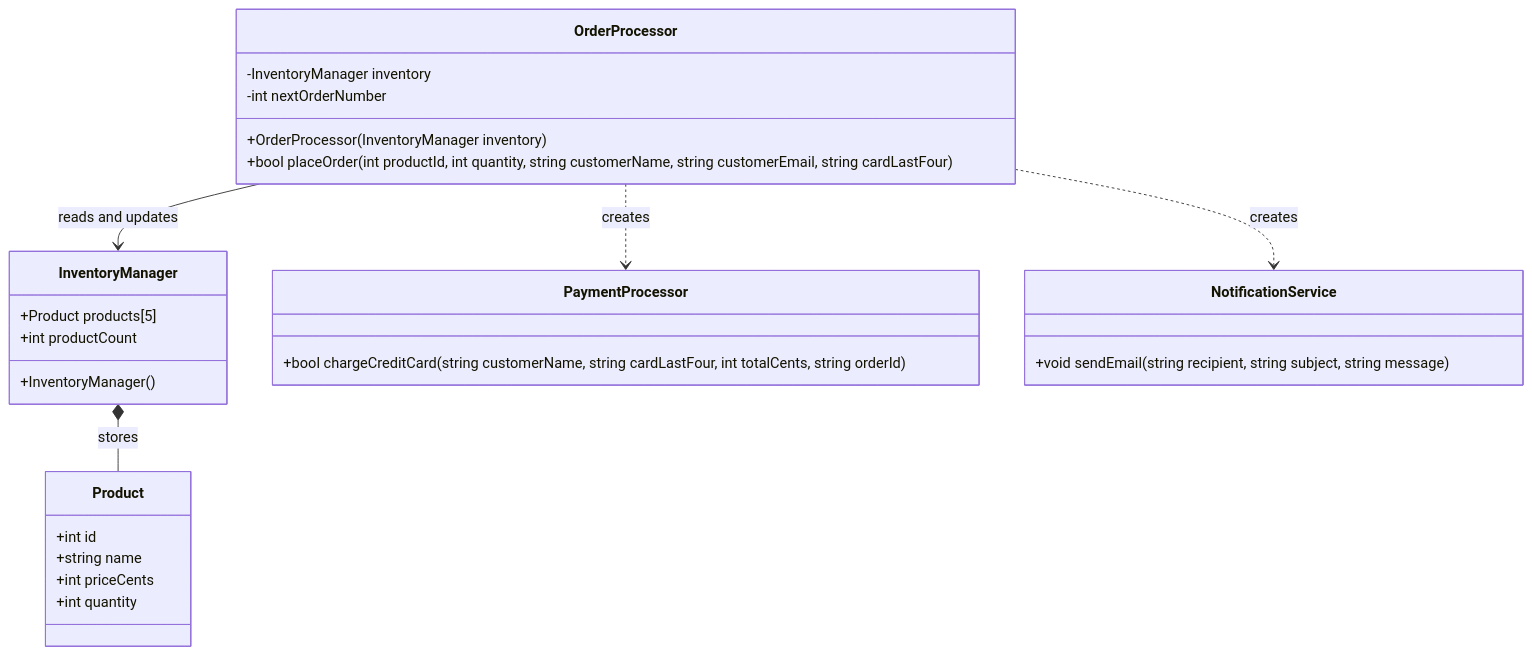
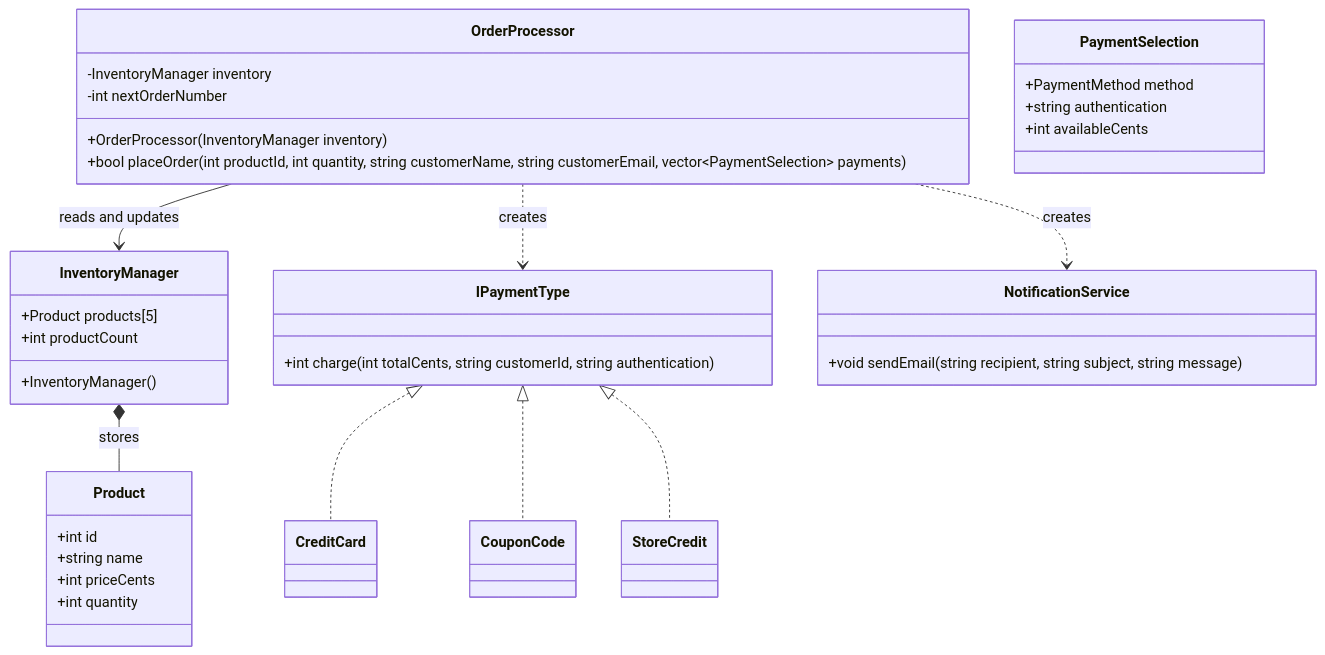
Before and after one commit to ChicoState/StoryMcStoreface: the diagram in README.md, drawn with Mermaid. The commit also changed other lines of this file and 12 other files, not shown here.

First line of the commit message:
feat(payments): support multiple payment types

````diff
--- a/README.md
+++ b/README.md
@@ -60,35 +60,48 @@
 ```mermaid
 classDiagram
     class InventoryManager {
         +Product products[5]
         +int productCount
         +InventoryManager()
     }
 
     class Product {
         +int id
         +string name
         +int priceCents
         +int quantity
     }
 
     class OrderProcessor {
         -InventoryManager inventory
         -int nextOrderNumber
         +OrderProcessor(InventoryManager inventory)
-        +bool placeOrder(int productId, int quantity, string customerName, string customerEmail, string cardLastFour)
+        +bool placeOrder(int productId, int quantity, string customerName, string customerEmail, vector~PaymentSelection~ payments)
     }
 
-    class PaymentProcessor {
-        +bool chargeCreditCard(string customerName, string cardLastFour, int totalCents, string orderId)
+    class IPaymentType {
+        +int charge(int totalCents, string customerId, string authentication)
+    }
+
+    class CreditCard
+    class CouponCode
+    class StoreCredit
+
+    class PaymentSelection {
+        +PaymentMethod method
+        +string authentication
+        +int availableCents
     }
 
     class NotificationService {
         +void sendEmail(string recipient, string subject, string message)
     }
 
     InventoryManager *-- Product : stores
     OrderProcessor --> InventoryManager : reads and updates
-    OrderProcessor ..> PaymentProcessor : creates
+    IPaymentType <|.. CreditCard
+    IPaymentType <|.. CouponCode
+    IPaymentType <|.. StoreCredit
+    OrderProcessor ..> IPaymentType : creates
     OrderProcessor ..> NotificationService : creates
 ```
````
